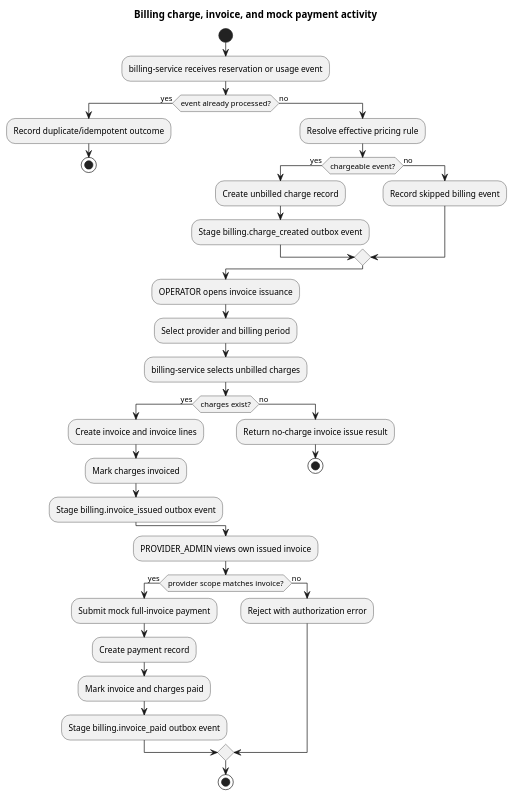
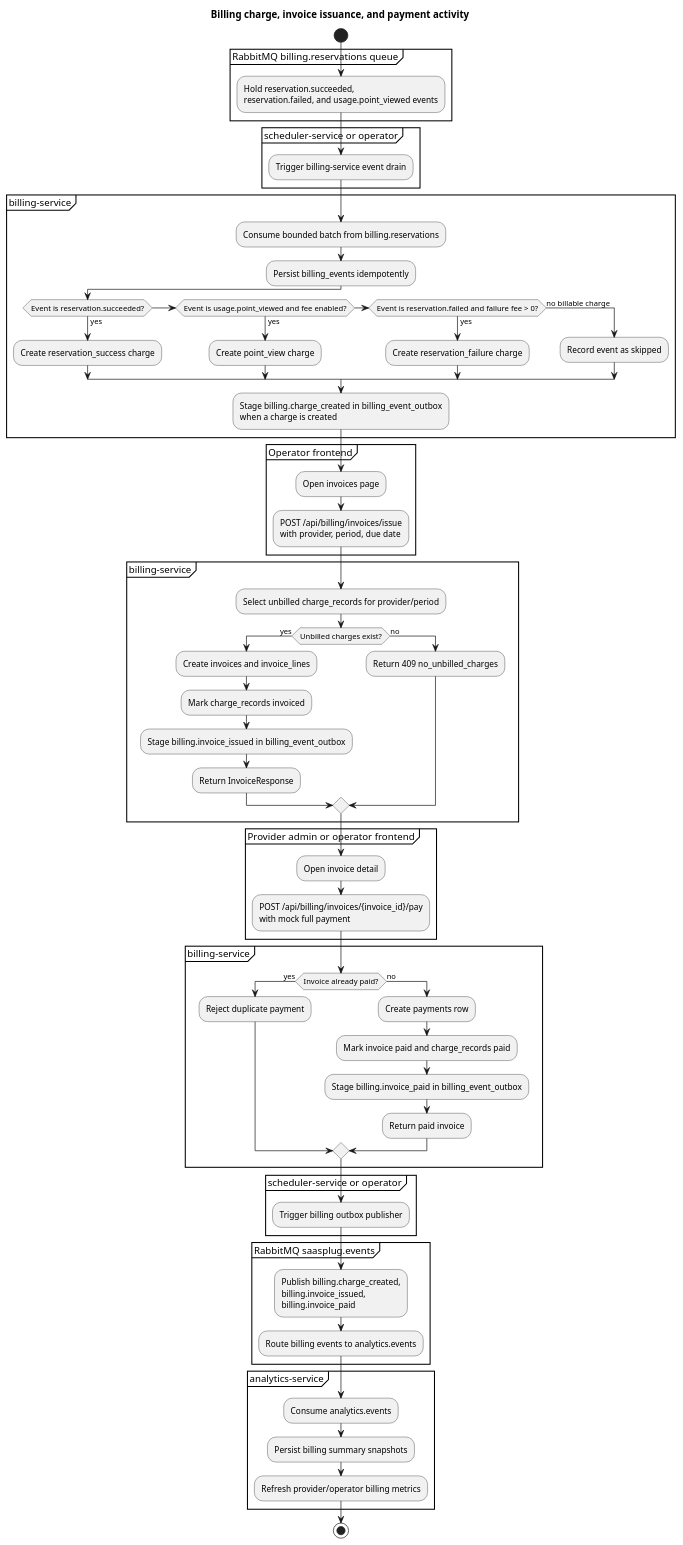
Before and after one commit to ntua-el21026/ntua-saasplug: the diagram in docs/diagrams/final/activity-invoice-payment.puml, drawn with PlantUML. The commit also changed 48 other files, not shown here.

Commit message:
Update diagrams and documentation

```diff
--- a/docs/diagrams/final/activity-invoice-payment.puml
+++ b/docs/diagrams/final/activity-invoice-payment.puml
@@ -1,42 +1,79 @@
 @startuml
-title Billing charge, invoice, and mock payment activity
+title Billing charge, invoice issuance, and payment activity
+skinparam shadowing false
 
 start
-:billing-service receives reservation or usage event;
-if (event already processed?) then (yes)
-  :Record duplicate/idempotent outcome;
-  stop
-else (no)
-  :Resolve effective pricing rule;
-  if (chargeable event?) then (yes)
-    :Create unbilled charge record;
-    :Stage billing.charge_created outbox event;
+
+partition "RabbitMQ billing.reservations queue" {
+  :Hold reservation.succeeded,\nreservation.failed, and usage.point_viewed events;
+}
+
+partition "scheduler-service or operator" {
+  :Trigger billing-service event drain;
+}
+
+partition "billing-service" {
+  :Consume bounded batch from billing.reservations;
+  :Persist billing_events idempotently;
+  if (Event is reservation.succeeded?) then (yes)
+    :Create reservation_success charge;
+  elseif (Event is usage.point_viewed and fee enabled?) then (yes)
+    :Create point_view charge;
+  elseif (Event is reservation.failed and failure fee > 0?) then (yes)
+    :Create reservation_failure charge;
+  else (no billable charge)
+    :Record event as skipped;
+  endif
+  :Stage billing.charge_created in billing_event_outbox\nwhen a charge is created;
+}
+
+partition "Operator frontend" {
+  :Open invoices page;
+  :POST /api/billing/invoices/issue\nwith provider, period, due date;
+}
+
+partition "billing-service" {
+  :Select unbilled charge_records for provider/period;
+  if (Unbilled charges exist?) then (yes)
+    :Create invoices and invoice_lines;
+    :Mark charge_records invoiced;
+    :Stage billing.invoice_issued in billing_event_outbox;
+    :Return InvoiceResponse;
   else (no)
-    :Record skipped billing event;
+    :Return 409 no_unbilled_charges;
   endif
-endif
+}
 
-:OPERATOR opens invoice issuance;
-:Select provider and billing period;
-:billing-service selects unbilled charges;
-if (charges exist?) then (yes)
-  :Create invoice and invoice lines;
-  :Mark charges invoiced;
-  :Stage billing.invoice_issued outbox event;
-else (no)
-  :Return no-charge invoice issue result;
-  stop
-endif
+partition "Provider admin or operator frontend" {
+  :Open invoice detail;
+  :POST /api/billing/invoices/{invoice_id}/pay\nwith mock full payment;
+}
 
-:PROVIDER_ADMIN views own issued invoice;
-if (provider scope matches invoice?) then (yes)
-  :Submit mock full-invoice payment;
-  :Create payment record;
-  :Mark invoice and charges paid;
-  :Stage billing.invoice_paid outbox event;
-else (no)
-  :Reject with authorization error;
-endif
+partition "billing-service" {
+  if (Invoice already paid?) then (yes)
+    :Reject duplicate payment;
+  else (no)
+    :Create payments row;
+    :Mark invoice paid and charge_records paid;
+    :Stage billing.invoice_paid in billing_event_outbox;
+    :Return paid invoice;
+  endif
+}
+
+partition "scheduler-service or operator" {
+  :Trigger billing outbox publisher;
+}
+
+partition "RabbitMQ saasplug.events" {
+  :Publish billing.charge_created,\nbilling.invoice_issued,\nbilling.invoice_paid;
+  :Route billing events to analytics.events;
+}
+
+partition "analytics-service" {
+  :Consume analytics.events;
+  :Persist billing summary snapshots;
+  :Refresh provider/operator billing metrics;
+}
 
 stop
 @enduml
```
